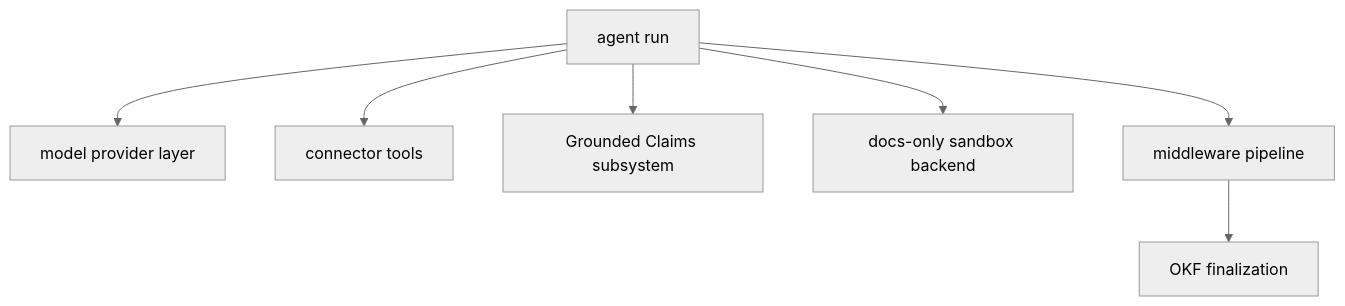
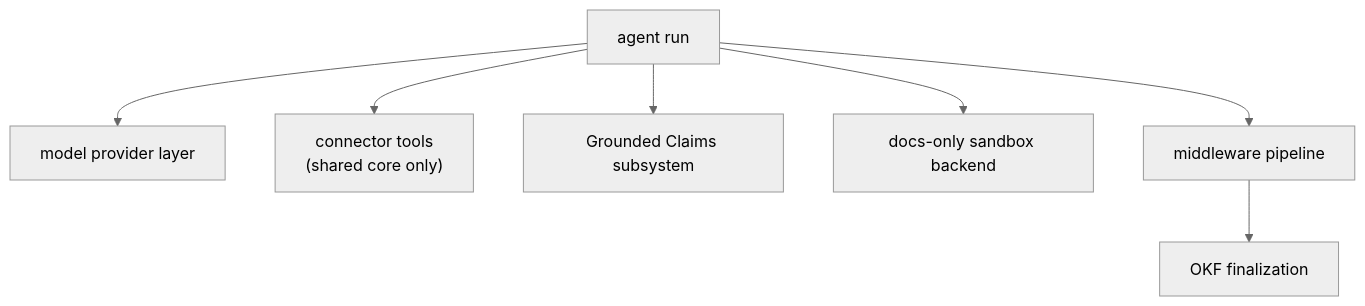
The third of 3 diagrams in openwiki/architecture/overview.md (langchain-ai/openwiki), drawn with Mermaid (neutral theme) before and after one commit. The commit also changed other lines of this file and 68 other files, not shown here.

````diff
--- a/openwiki/architecture/overview.md
+++ b/openwiki/architecture/overview.md
@@ -34,9 +77,9 @@
 ```mermaid
 flowchart TD
     Run["agent run"] --> Model["model provider layer"]
-    Run --> Conn["connector tools"]
+    Run --> Conn["connector tools<br/>(shared core only)"]
     Run --> Claims["Grounded Claims subsystem"]
     Run --> Backend["docs-only sandbox backend"]
     Run --> MW["middleware pipeline"]
     MW --> OKF["OKF finalization"]
 ```
````
